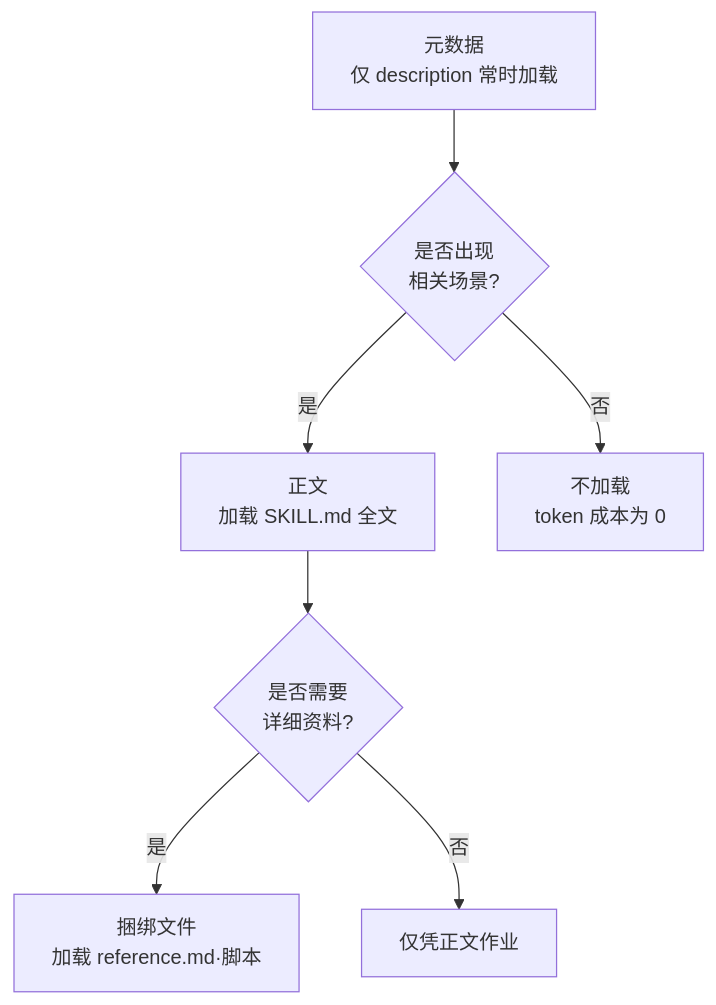
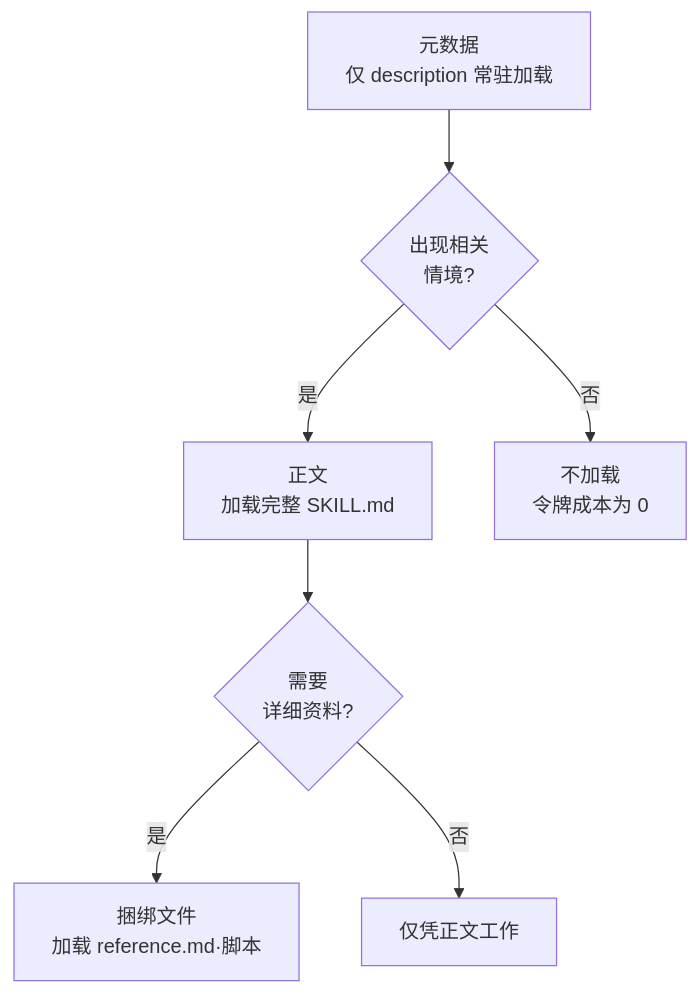
The diagram in mirrors/repos/modu-ai@moai-adk/docs-site/content/zh/claude-code/extensibility/skills.md (gabrielmoreira/agent-skills-mirror), drawn with Mermaid before and after one commit. The commit also changed other lines of this file and 2470 other files, not shown here.

````diff
--- a/mirrors/repos/modu-ai@moai-adk/docs-site/content/zh/claude-code/extensibility/skills.md
+++ b/mirrors/repos/modu-ai@moai-adk/docs-site/content/zh/claude-code/extensibility/skills.md
@@ -79,9 +80,9 @@
 ```mermaid
 flowchart TD
-    A[元数据<br/>仅 description 常时加载] --> B{是否出现<br/>相关场景?}
-    B -->|是| C[正文<br/>加载 SKILL.md 全文]
-    C --> D{是否需要<br/>详细资料?}
+    A[元数据<br/>仅 description 常驻加载] --> B{出现相关<br/>情境?}
+    B -->|是| C[正文<br/>加载完整 SKILL.md]
+    C --> D{需要<br/>详细资料?}
     D -->|是| E[捆绑文件<br/>加载 reference.md·脚本]
-    D -->|否| F[仅凭正文作业]
-    B -->|否| G[不加载<br/>token 成本为 0]
+    D -->|否| F[仅凭正文工作]
+    B -->|否| G[不加载<br/>令牌成本为 0]
 ```
````
